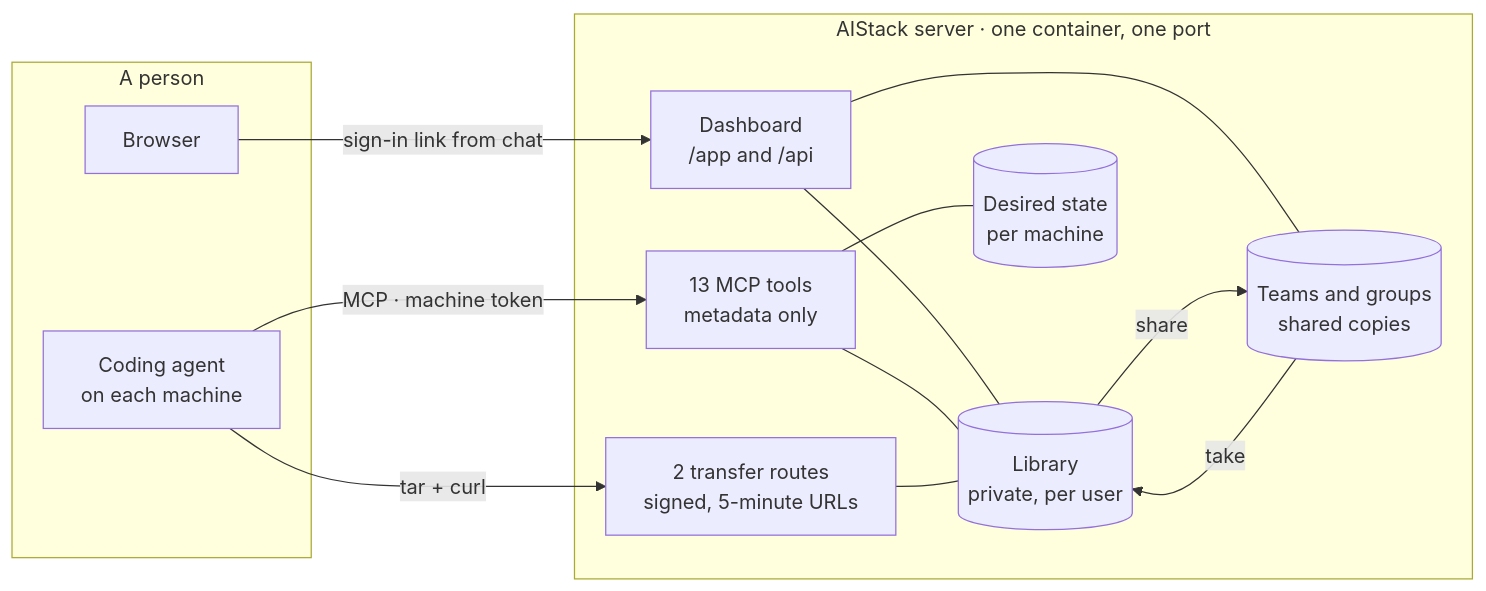
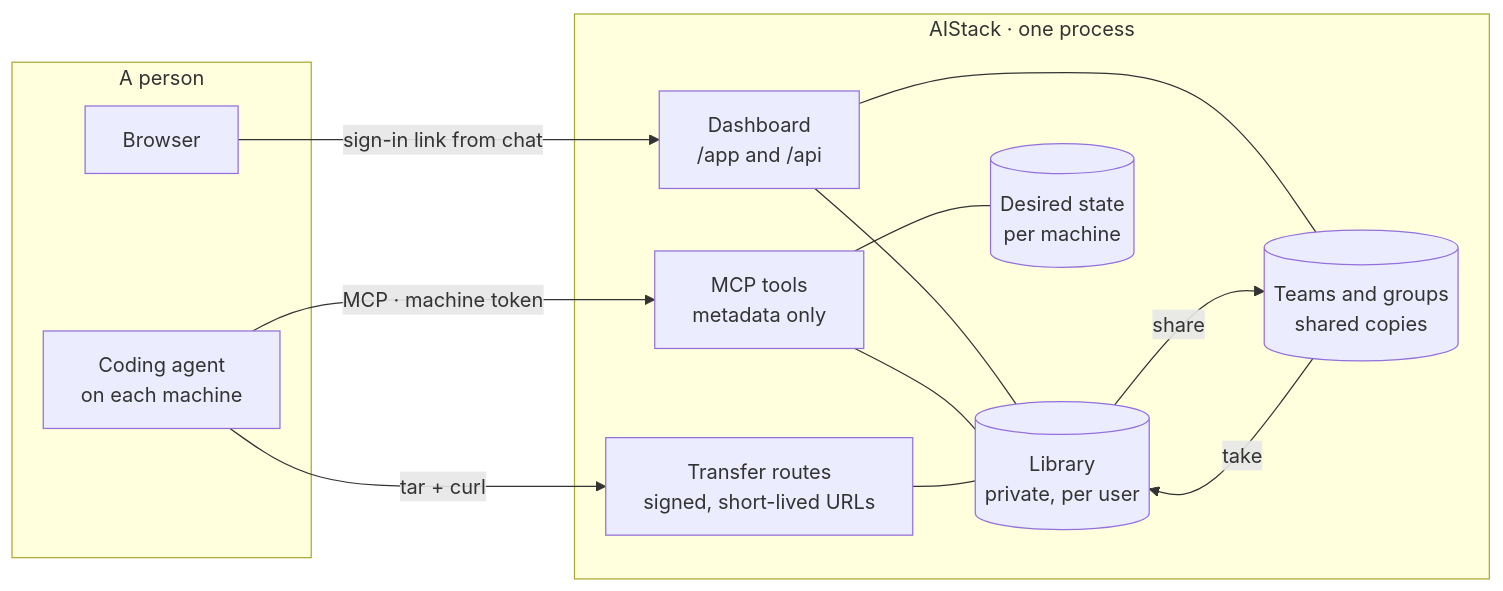
One commit to dchristopoulos/AIStack changed the diagram in README.md. Above: the diagram before and after it, drawn with Mermaid. The commit also changed other lines of this file and 5 other files, not shown here.

````diff
--- a/README.md
+++ b/README.md
@@ -84,26 +113,26 @@
 ```mermaid
 flowchart LR
     subgraph people["A person"]
         browser["Browser"]
         agent["Coding agent<br/>on each machine"]
     end
-    subgraph server["AIStack server · one container, one port"]
+    subgraph server["AIStack · one process"]
         dash["Dashboard<br/>/app and /api"]
-        tools["13 MCP tools<br/>metadata only"]
-        routes["2 transfer routes<br/>signed, 5-minute URLs"]
+        tools["MCP tools<br/>metadata only"]
+        routes["Transfer routes<br/>signed, short-lived URLs"]
         mine[("Library<br/>private, per user")]
         teams[("Teams and groups<br/>shared copies")]
         desired[("Desired state<br/>per machine")]
     end
 
     browser -- "sign-in link from chat" --> dash
     agent -- "MCP · machine token" --> tools
     agent -- "tar + curl" --> routes
     dash --- mine
     dash --- teams
     tools --- mine
     tools --- desired
     routes --- mine
     mine -- "share" --> teams
     teams -- "take" --> mine
 ```
````
